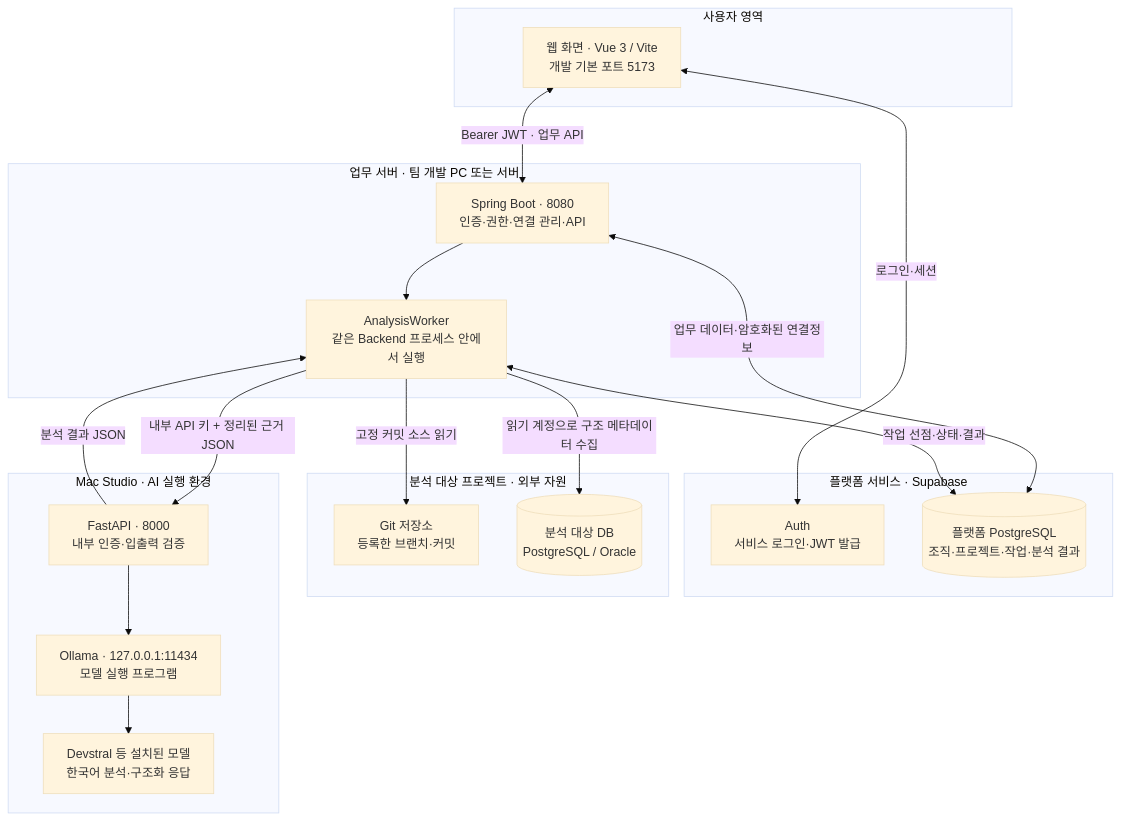
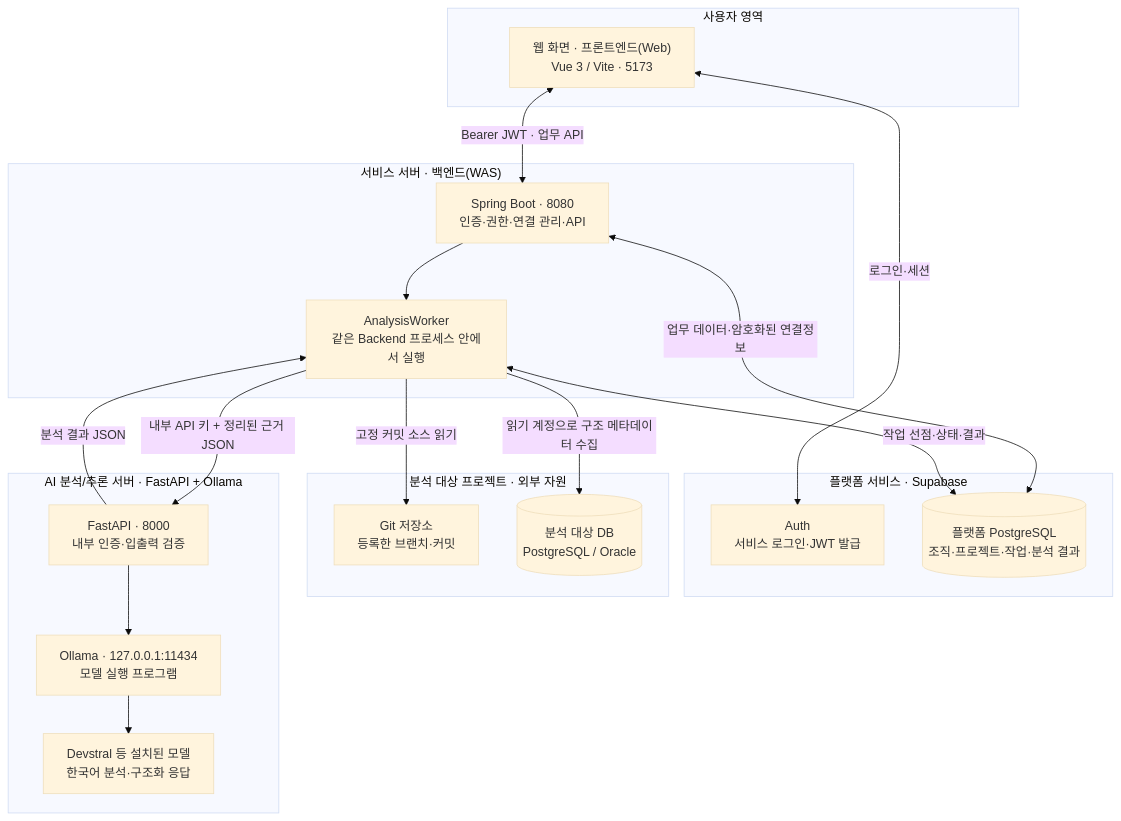
Before and after one commit to KimAgHuge/hackathon-ai: the second of 3 diagrams in docs/07_팀원_온보딩_프로젝트_설명.md, drawn with Mermaid (base theme). The commit also changed other lines of this file and 22 other files, not shown here.

````diff
--- a/docs/07_팀원_온보딩_프로젝트_설명.md
+++ b/docs/07_팀원_온보딩_프로젝트_설명.md
@@ -65,33 +95,33 @@
 ```mermaid
 flowchart TB
     subgraph CLIENT["사용자 영역"]
-        WEB["웹 화면 · Vue 3 / Vite<br/>개발 기본 포트 5173"]
+        WEB["웹 화면 · 프론트엔드(Web)<br/>Vue 3 / Vite · 5173"]
     end
     subgraph PLATFORM["플랫폼 서비스 · Supabase"]
         AUTH["Auth<br/>서비스 로그인·JWT 발급"]
         STORE[("플랫폼 PostgreSQL<br/>조직·프로젝트·작업·분석 결과")]
     end
-    subgraph APP["업무 서버 · 팀 개발 PC 또는 서버"]
+    subgraph APP["서비스 서버 · 백엔드(WAS)"]
         BACK["Spring Boot · 8080<br/>인증·권한·연결 관리·API"]
         WORK["AnalysisWorker<br/>같은 Backend 프로세스 안에서 실행"]
         BACK --> WORK
     end
     subgraph INPUT["분석 대상 프로젝트 · 외부 자원"]
         GIT["Git 저장소<br/>등록한 브랜치·커밋"]
         TARGET[("분석 대상 DB<br/>PostgreSQL / Oracle")]
     end
-    subgraph MAC["Mac Studio · AI 실행 환경"]
+    subgraph MAC["AI 분석/추론 서버 · FastAPI + Ollama"]
         FAST["FastAPI · 8000<br/>내부 인증·입출력 검증"]
         OLL["Ollama · 127.0.0.1:11434<br/>모델 실행 프로그램"]
         MODEL["Devstral 등 설치된 모델<br/>한국어 분석·구조화 응답"]
         FAST --> OLL --> MODEL
     end
     WEB <-->|"로그인·세션"| AUTH
     WEB <-->|"Bearer JWT · 업무 API"| BACK
     BACK <-->|"업무 데이터·암호화된 연결정보"| STORE
     WORK <-->|"작업 선점·상태·결과"| STORE
     WORK -->|"고정 커밋 소스 읽기"| GIT
     WORK -->|"읽기 계정으로 구조 메타데이터 수집"| TARGET
     WORK -->|"내부 API 키 + 정리된 근거 JSON"| FAST
     FAST -->|"분석 결과 JSON"| WORK
 ```
````
